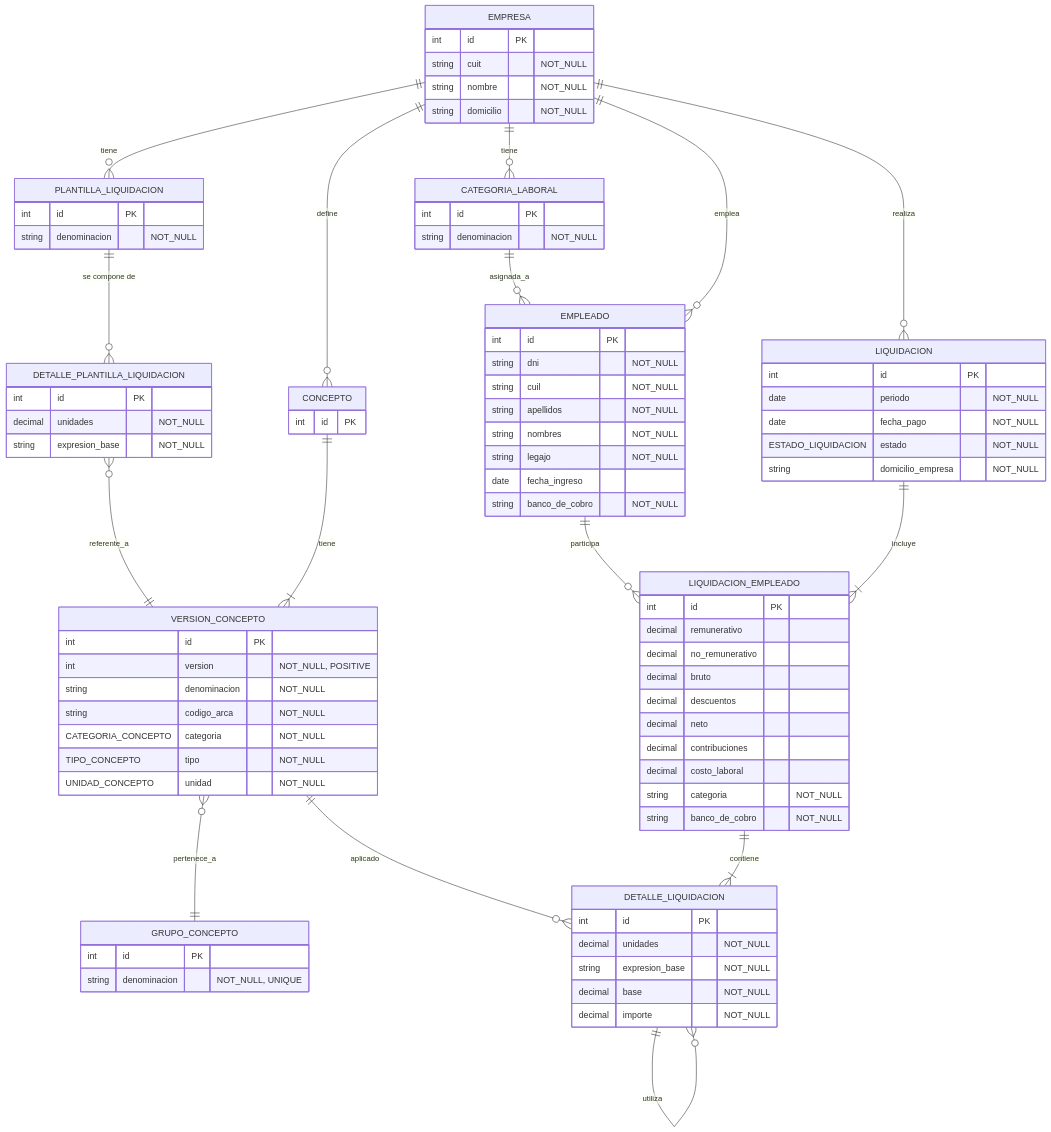
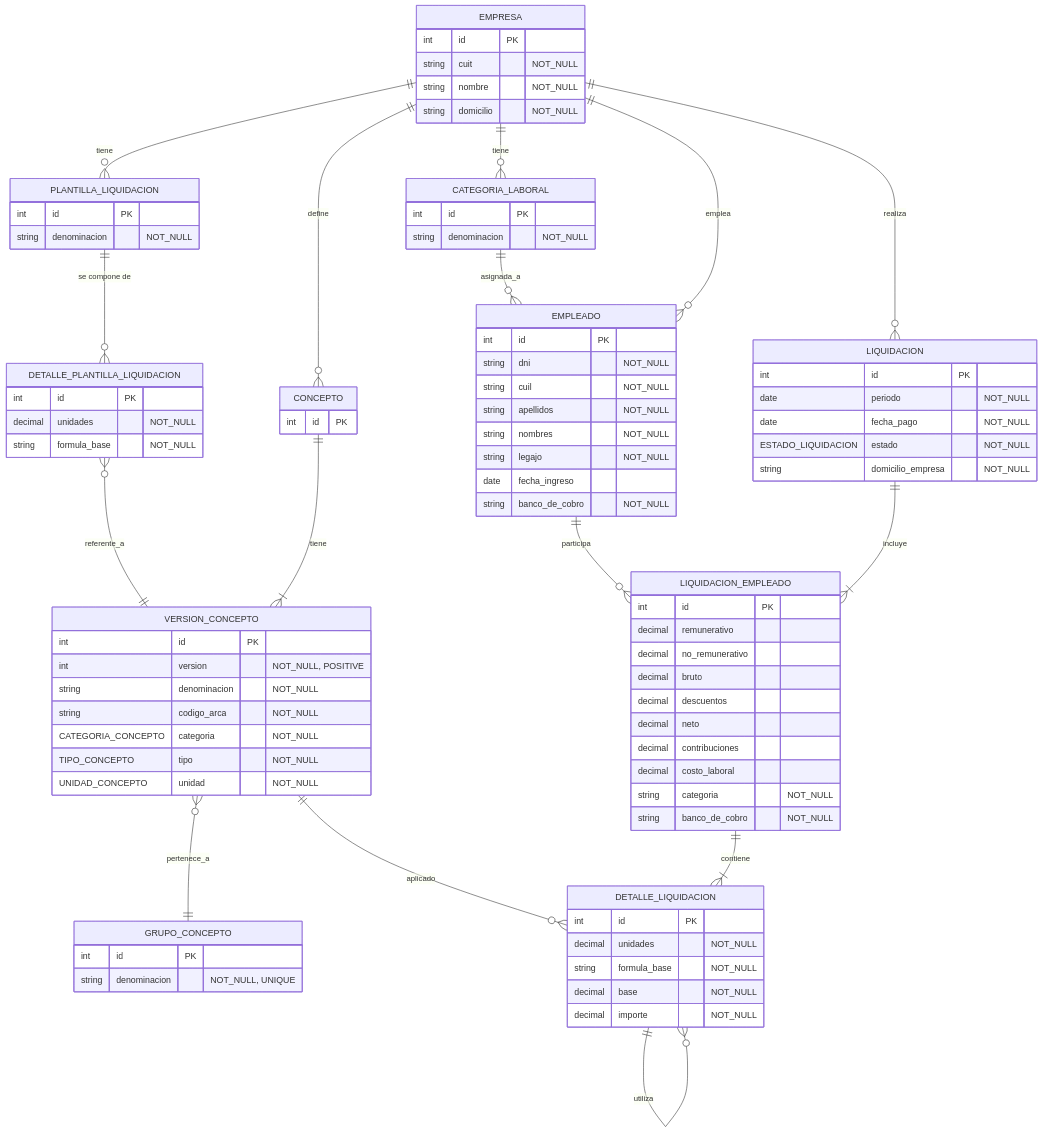
Before and after one commit to IgnacioAusili/ms_contable: the diagram in docs/db/der.md, drawn with Mermaid. The commit also changed 30 other files, not shown here.

```diff
--- a/docs/db/der.md
+++ b/docs/db/der.md
@@ -46,7 +46,7 @@
         int id PK
         decimal unidades "NOT_NULL"
         %% DJANGO BLANK: false
-        string expresion_base "NOT_NULL"
+        string formula_base "NOT_NULL"
     }
 
     CATEGORIA_LABORAL {
@@ -150,7 +150,7 @@
         int id PK
         decimal unidades "NOT_NULL"
         %% DJANGO BLANK: false
-        string expresion_base "NOT_NULL"
+        string formula_base "NOT_NULL"
         %% puede estar expresado en terminos de otros conceptos
         decimal base "NOT_NULL"
         %% DJANGO HELP_TEXT: unidades * base
```
